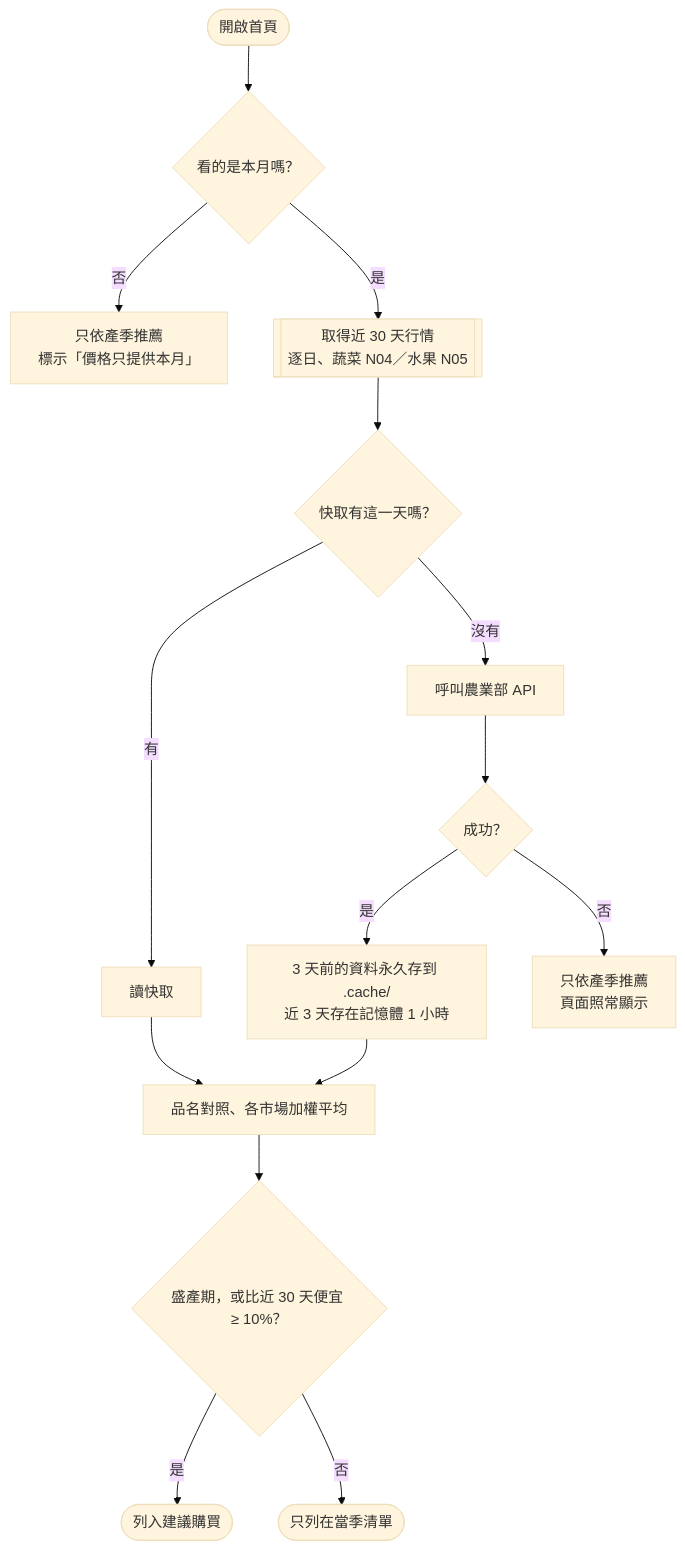
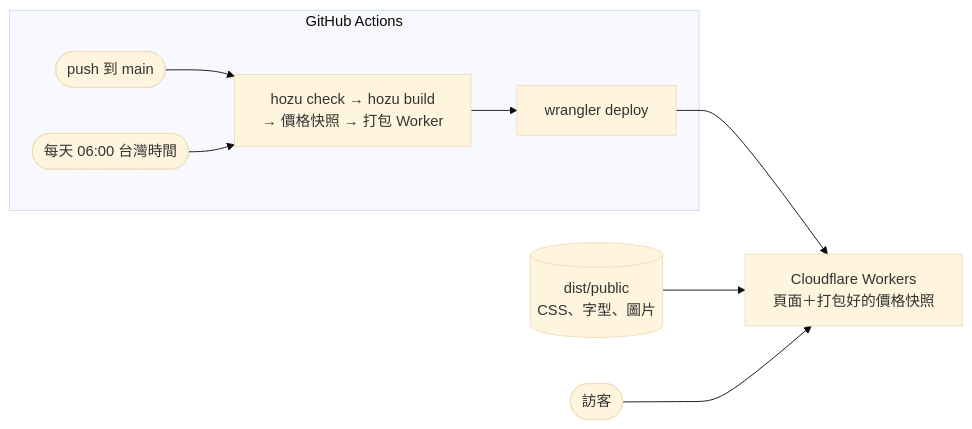
Before and after one commit to chaoowen/taiwan-seasonal-produce: the diagram in README.md, drawn with Mermaid (base theme). The commit also changed other lines of this file, not shown here.

Commit message:
docs(readme): price sources, Cloudflare deployment and new scripts

````diff
--- a/README.md
+++ b/README.md
@@ -64,17 +87,11 @@
 ```mermaid
-flowchart TD
-    A([開啟首頁]) --> B{看的是本月嗎？}
-    B -->|否| C[只依產季推薦<br/>標示「價格只提供本月」]
-    B -->|是| D[[取得近 30 天行情<br/>逐日、蔬菜 N04／水果 N05]]
-    D --> E{快取有這一天嗎？}
-    E -->|有| F[讀快取]
-    E -->|沒有| G[呼叫農業部 API]
-    G --> H{成功？}
-    H -->|是| I[3 天前的資料永久存到 .cache/<br/>近 3 天存在記憶體 1 小時]
-    H -->|否| J[只依產季推薦<br/>頁面照常顯示]
-    F --> K[品名對照、各市場加權平均]
-    I --> K
-    K --> L{盛產期，或比近 30 天便宜 ≥ 10%？}
-    L -->|是| M([列入建議購買])
-    L -->|否| N([只列在當季清單])
+flowchart LR
+    subgraph GA[GitHub Actions]
+      T1([push 到 main]) --> B
+      T2([每天 06:00 台灣時間]) --> B
+      B[hozu check → hozu build<br/>→ 價格快照 → 打包 Worker] --> D[wrangler deploy]
+    end
+    D --> W[Cloudflare Workers<br/>頁面＋打包好的價格快照]
+    S[(dist/public<br/>CSS、字型、圖片)] --> W
+    V([訪客]) --> W
 ```
````
